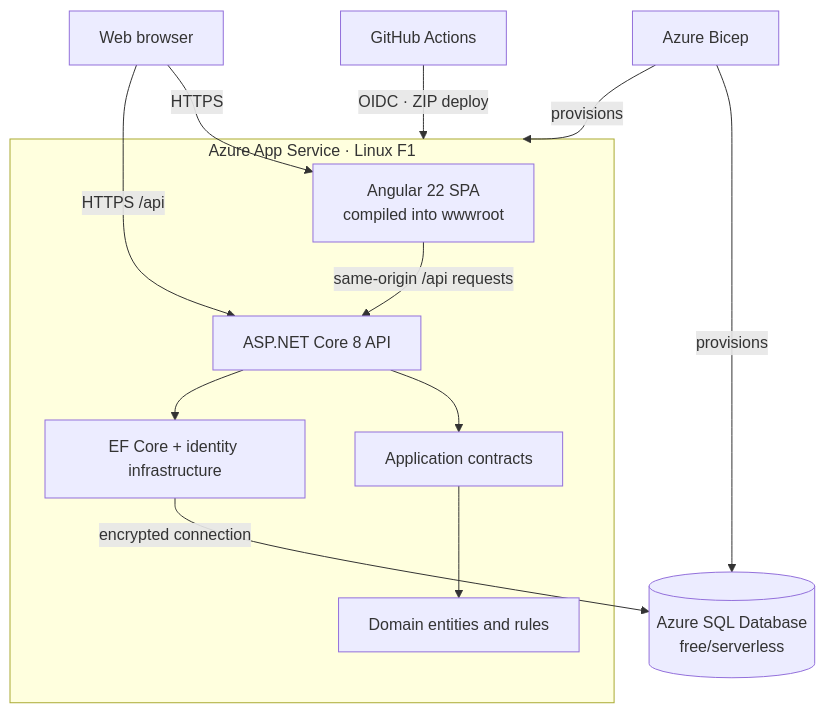
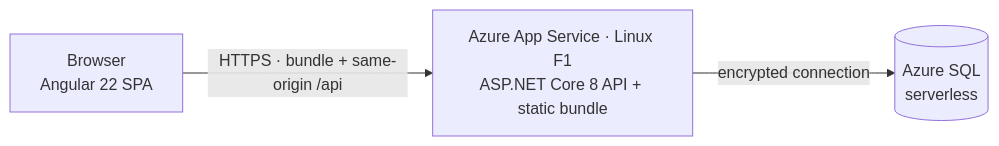
Before and after one commit to tanapotc/cloudtrack: the first of 3 diagrams in README.md, drawn with Mermaid. The commit also changed other lines of this file, not shown here.

Commit message:
docs(readme): redraw the architecture diagrams

````diff
--- a/README.md
+++ b/README.md
@@ -34,21 +36,8 @@
 ```mermaid
-flowchart TB
-  Browser[Web browser]
-
-  subgraph AppService[Azure App Service · Linux F1]
-    Static[Angular 22 SPA<br/>compiled into wwwroot]
-    API[ASP.NET Core 8 API]
-    Static -->|same-origin /api requests| API
-    API --> Application[Application contracts]
-    Application --> Domain[Domain entities and rules]
-    API --> Infrastructure[EF Core + identity infrastructure]
-  end
-
-  Browser -->|HTTPS| Static
-  Browser -->|HTTPS /api| API
-  Infrastructure -->|encrypted connection| AzureSQL[(Azure SQL Database<br/>free/serverless)]
-
-  GitHub[GitHub Actions] -->|OIDC · ZIP deploy| AppService
-  Bicep[Azure Bicep] -->|provisions| AppService
-  Bicep -->|provisions| AzureSQL
+flowchart LR
+  Browser["Browser<br/>Angular 22 SPA"]
+  API["Azure App Service · Linux F1<br/>ASP.NET Core 8 API + static bundle"]
+  DB[("Azure SQL<br/>serverless")]
+  Browser -- "HTTPS · bundle + same-origin /api" --> API
+  API -- "encrypted connection" --> DB
 ```
````
